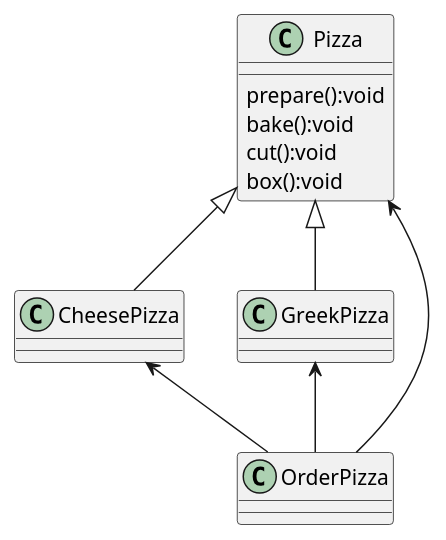
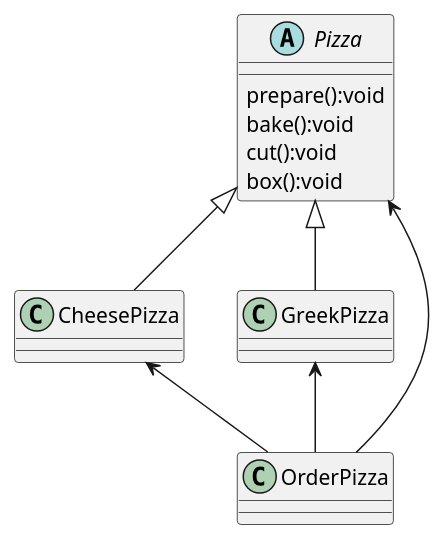
The diagram in src/com/pattern/factory/ng/readme.md (QiuYingjun/DesignPatternLearning), drawn with PlantUML before and after one commit. The commit also changed 15 other files, not shown here.

````diff
--- a/src/com/pattern/factory/ng/readme.md
+++ b/src/com/pattern/factory/ng/readme.md
@@ -3,17 +3,17 @@
 ```plantuml
 @startuml
-class Pizza {
+abstract class Pizza {
     prepare():void
     bake():void
     cut():void
     box():void
 }
 
 Pizza <|-- CheesePizza
 Pizza <|-- GreekPizza
 Pizza <-- OrderPizza
 CheesePizza <-- OrderPizza
 GreekPizza <-- OrderPizza
 
 @enduml
 ```
````
